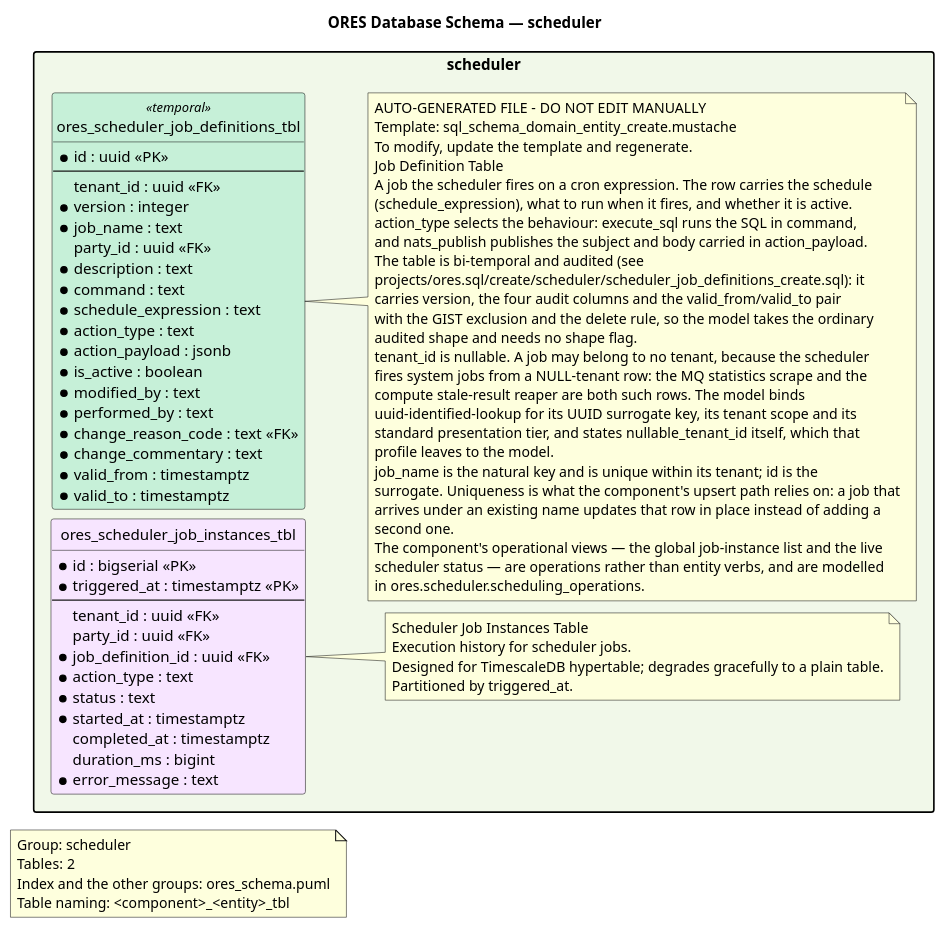
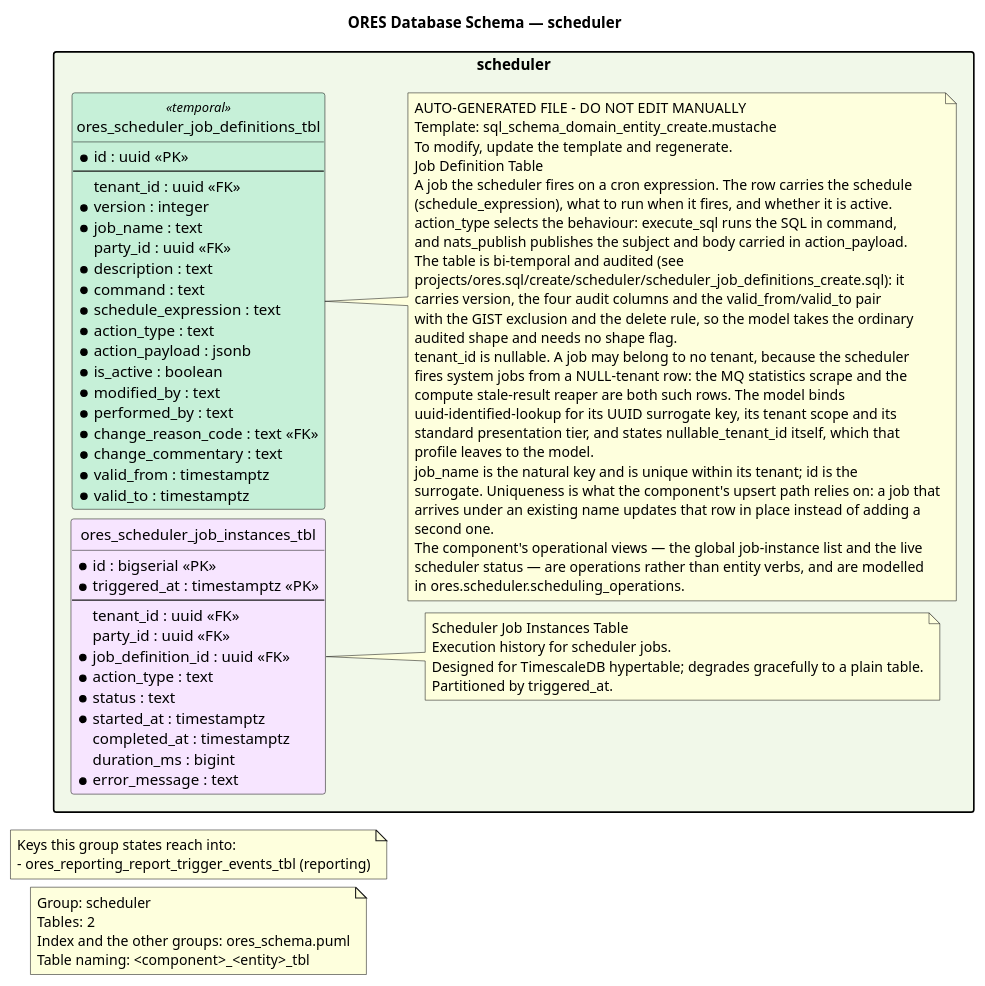
Before and after one commit to OreStudio/OreStudio: the diagram in projects/ores.sql/modeling/ores_schema.scheduler.puml, drawn with PlantUML. The commit also changed 98 other files, not shown here.

First line of the commit message:
[reporting] WIP: model the report trigger

```diff
--- a/projects/ores.sql/modeling/ores_schema.scheduler.puml
+++ b/projects/ores.sql/modeling/ores_schema.scheduler.puml
@@ -21,106 +21,111 @@
 @startuml
 
 title ORES Database Schema — scheduler
 hide circle
 skinparam linetype ortho
 
 ' Layout: left-to-right stacks packages vertically
 left to right direction
 skinparam packageStyle rectangle
 skinparam nodesep 8
 skinparam ranksep 20
 
 note as GroupNote
 Group: scheduler
 Tables: 2
 Index and the other groups: ores_schema.puml
 Table naming: <component>_<entity>_tbl
+end note
+
+note as OtherGroups
+Keys this group states reach into:
+- ores_reporting_report_trigger_events_tbl (reporting)
 end note
 
 '
 ' ==================== scheduler (Job Scheduler) ====================
 '
 package "scheduler" #F1F8E9 {
     entity ores_scheduler_job_definitions_tbl <<temporal>> #C6F0D8 {
         * id : uuid <<PK>>
         --
           tenant_id : uuid <<FK>>
         * version : integer
         * job_name : text
           party_id : uuid <<FK>>
         * description : text
         * command : text
         * schedule_expression : text
         * action_type : text
         * action_payload : jsonb
         * is_active : boolean
         * modified_by : text
         * performed_by : text
         * change_reason_code : text <<FK>>
         * change_commentary : text
         * valid_from : timestamptz
         * valid_to : timestamptz
     }
 
     note right of ores_scheduler_job_definitions_tbl
     AUTO-GENERATED FILE - DO NOT EDIT MANUALLY
     Template: sql_schema_domain_entity_create.mustache
     To modify, update the template and regenerate.
     Job Definition Table
     A job the scheduler fires on a cron expression. The row carries the schedule
     (schedule_expression), what to run when it fires, and whether it is active.
     action_type selects the behaviour: execute_sql runs the SQL in command,
     and nats_publish publishes the subject and body carried in action_payload.
     The table is bi-temporal and audited (see
     projects/ores.sql/create/scheduler/scheduler_job_definitions_create.sql): it
     carries version, the four audit columns and the valid_from/valid_to pair
     with the GIST exclusion and the delete rule, so the model takes the ordinary
     audited shape and needs no shape flag.
     tenant_id is nullable. A job may belong to no tenant, because the scheduler
     fires system jobs from a NULL-tenant row: the MQ statistics scrape and the
     compute stale-result reaper are both such rows. The model binds
     uuid-identified-lookup for its UUID surrogate key, its tenant scope and its
     standard presentation tier, and states nullable_tenant_id itself, which that
     profile leaves to the model.
     job_name is the natural key and is unique within its tenant; id is the
     surrogate. Uniqueness is what the component's upsert path relies on: a job that
     arrives under an existing name updates that row in place instead of adding a
     second one.
     The component's operational views — the global job-instance list and the live
     scheduler status — are operations rather than entity verbs, and are modelled
     in ores.scheduler.scheduling_operations.
     end note
 
     entity ores_scheduler_job_instances_tbl  #F7E5FF {
         * id : bigserial <<PK>>
         * triggered_at : timestamptz <<PK>>
         --
           tenant_id : uuid <<FK>>
           party_id : uuid <<FK>>
         * job_definition_id : uuid <<FK>>
         * action_type : text
         * status : text
         * started_at : timestamptz
           completed_at : timestamptz
           duration_ms : bigint
         * error_message : text
     }
 
     note right of ores_scheduler_job_instances_tbl
     Scheduler Job Instances Table
     Execution history for scheduler jobs.
     Designed for TimescaleDB hypertable; degrades gracefully to a plain table.
     Partitioned by triggered_at.
     end note
 
 }
 
 
 '
 ' ==================== Relationships ====================
 '
 
 ' Local Variables:
 ' compile-command: "java -Djava.awt.headless=true -DPLANTUML_LIMIT_SIZE=131072 -jar /usr/share/plantuml/plantuml.jar ores_schema.scheduler.puml"
 ' End:
 @enduml
```
